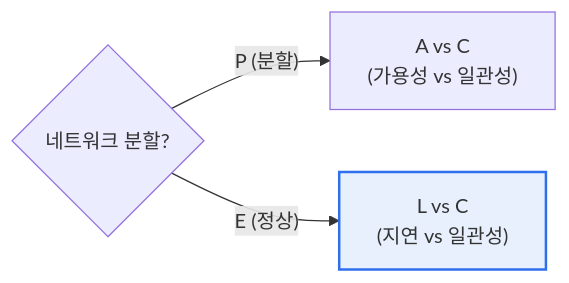
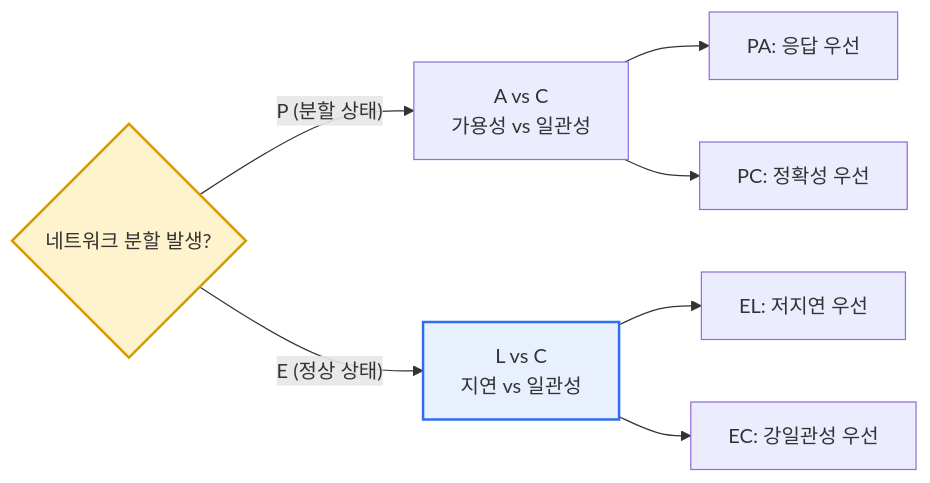
One commit to coninggu/wjdqhrhksflrltnftk changed the first of 2 diagrams in content/pacelc.md. Above: the diagram before and after it, drawn with Mermaid. The commit also changed other lines of this file and 3 other files, not shown here.

````diff
--- a/content/pacelc.md
+++ b/content/pacelc.md
@@ -17,6 +21,11 @@
 ```mermaid
 flowchart LR
-  N{"네트워크 분할?"} -->|"P (분할)"| AC["A vs C<br/>(가용성 vs 일관성)"]
-  N -->|"E (정상)"| LC["L vs C<br/>(지연 vs 일관성)"]
+  N{"네트워크 분할 발생?"} -->|"P (분할 상태)"| AC["A vs C<br/>가용성 vs 일관성"]
+  N -->|"E (정상 상태)"| LC["L vs C<br/>지연 vs 일관성"]
+  AC --> PA["PA: 응답 우선"]
+  AC --> PC["PC: 정확성 우선"]
+  LC --> EL["EL: 저지연 우선"]
+  LC --> EC["EC: 강일관성 우선"]
   style LC fill:#e8f0fe,stroke:#2f6fed,stroke-width:2px
+  style N fill:#fff3cd,stroke:#d39e00,stroke-width:2px
 ```
````
